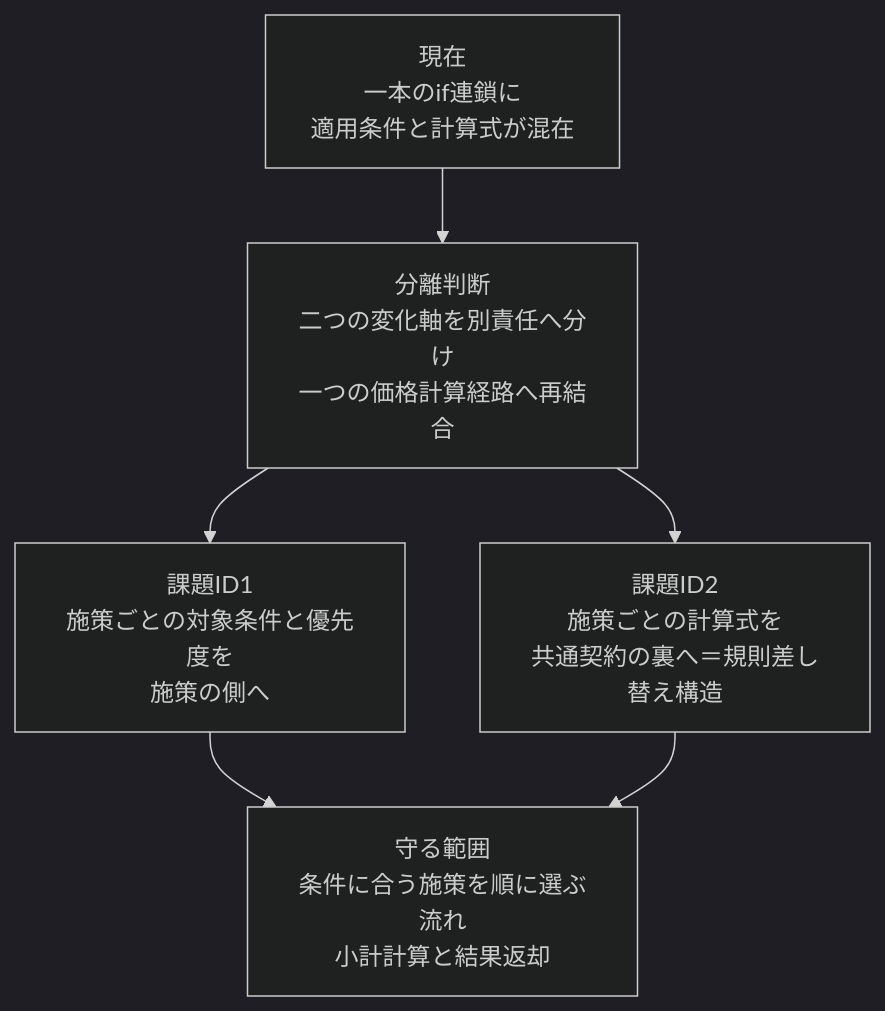
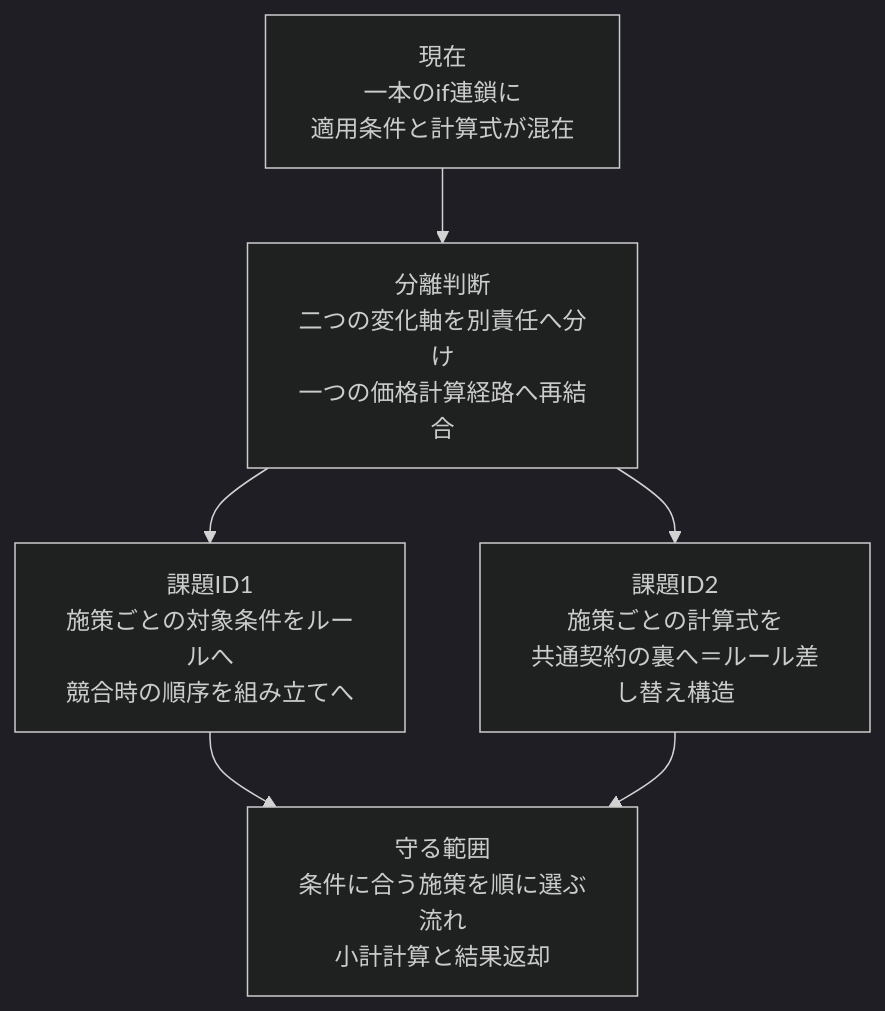
Before and after one commit to kumachan1101-pixel/DesignPattern: the seventh of 17 diagrams in kindle/design-patterns/output/chapter01.md, drawn with Mermaid (dark theme). The commit also changed other lines of this file and 28 other files, not shown here.

Commit message:
docs: simplify phase 6 design flow

````diff
--- a/kindle/design-patterns/output/chapter01.md
+++ b/kindle/design-patterns/output/chapter01.md
@@ -1372,8 +1375,8 @@
 ```mermaid
 flowchart TB
     A[現在<br/>一本のif連鎖に<br/>適用条件と計算式が混在] --> B[分離判断<br/>二つの変化軸を別責任へ分け<br/>一つの価格計算経路へ再結合]
-    B --> C[課題ID1<br/>施策ごとの対象条件と優先度を<br/>施策の側へ]
-    B --> D[課題ID2<br/>施策ごとの計算式を<br/>共通契約の裏へ＝規則差し替え構造]
+    B --> C[課題ID1<br/>施策ごとの対象条件をルールへ<br/>競合時の順序を組み立てへ]
+    B --> D[課題ID2<br/>施策ごとの計算式を<br/>共通契約の裏へ＝ルール差し替え構造]
     C --> E[守る範囲<br/>条件に合う施策を順に選ぶ流れ<br/>小計計算と結果返却]
     D --> E
 ```
````
